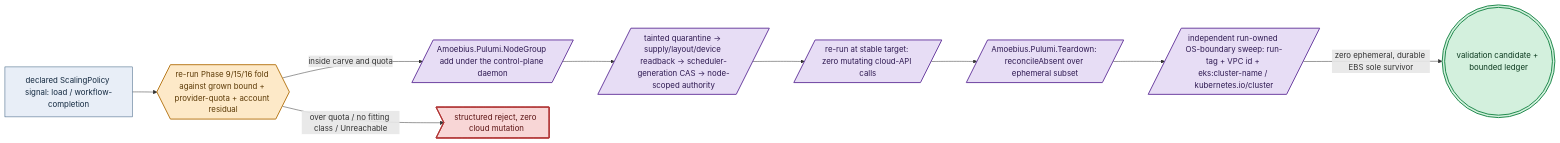
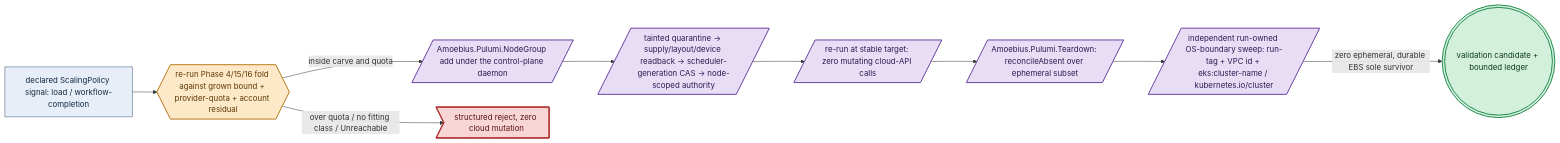
Before and after one commit to Tuee22/amoebius: the diagram in DEVELOPMENT_PLAN/phase_79_provider_dynamic_nodes.md, drawn with Mermaid. The commit also changed other lines of this file and 194 other files, not shown here.

````diff
--- a/DEVELOPMENT_PLAN/phase_79_provider_dynamic_nodes.md
+++ b/DEVELOPMENT_PLAN/phase_79_provider_dynamic_nodes.md
@@ -97,17 +96,17 @@
 ```mermaid
 flowchart LR
 %% register: algebra
-  signal["declared ScalingPolicy signal: load / workflow-completion"]:::intent --> fold{{"re-run Phase 9/15/16 fold against grown bound + provider-quota + account residual"}}:::gate
+  signal["declared ScalingPolicy signal: load / workflow-completion"]:::intent --> fold{{"re-run Phase 4/15/16 fold against grown bound + provider-quota + account residual"}}:::gate
   fold -->|inside carve and quota| enact[/"Amoebius.Pulumi.NodeGroup add under the control-plane daemon"/]:::effect
   fold -->|over quota / no fitting class / Unreachable| refuse>"structured reject, zero cloud mutation"]:::refuse
   enact --> join[/"tainted quarantine → supply/layout/device readback → scheduler-generation CAS → node-scoped authority"/]:::effect
   join --> noop[/"re-run at stable target: zero mutating cloud-API calls"/]:::effect
   noop --> teardown[/"Amoebius.Pulumi.Teardown: reconcileAbsent over ephemeral subset"/]:::effect
   teardown --> sweep[/"independent run-owned OS-boundary sweep: run-tag + VPC id + eks:cluster-name / kubernetes.io/cluster"/]:::effect
   sweep -->|zero ephemeral, durable EBS sole survivor| candidate((("validation candidate + bounded ledger"))):::seal
   classDef intent   fill:#e8eef7,stroke:#33587a,color:#12283f,stroke-width:1px
   classDef gate     fill:#fde9c8,stroke:#b8791b,color:#5c3a06,stroke-width:2px
   classDef effect   fill:#e7ddf5,stroke:#6b3fa0,color:#2f1a52,stroke-width:2px
   classDef refuse   fill:#f8d6d6,stroke:#b23636,color:#5c1414,stroke-width:2px
   classDef seal     fill:#d3f0dd,stroke:#1f8a4c,color:#0c3a1f,stroke-width:2px
 ```
````
